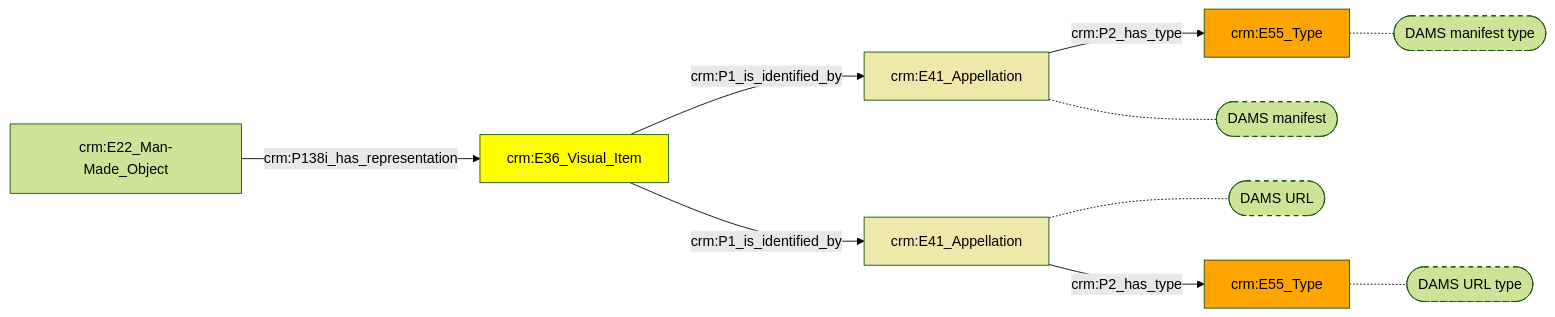
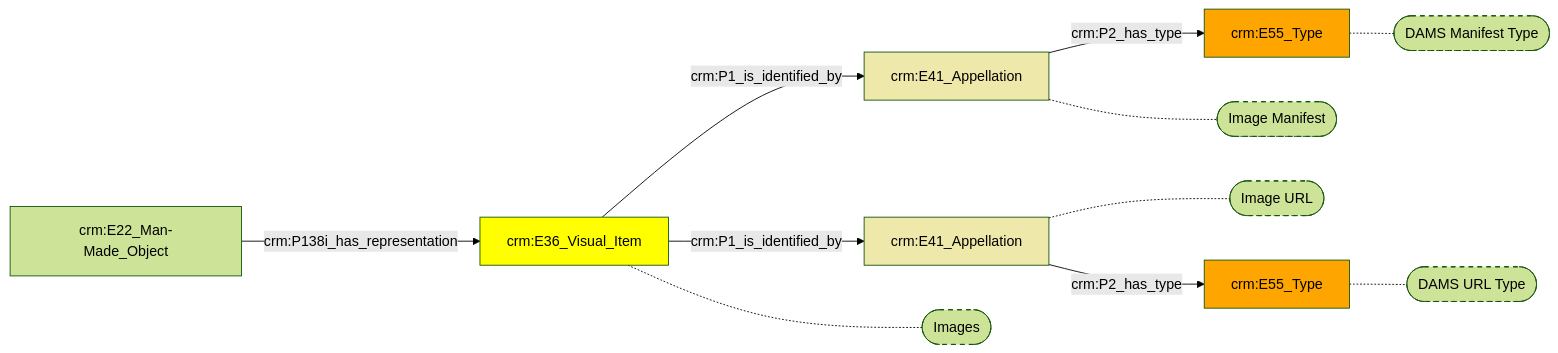
One commit to digipolisantwerpdocumentation/antwerp-cultureel-erfgoed changed the diagram in docs/content/modellen/ArchiefItemMaterieel/Afbeeldingen.md. Above: the diagram before and after it, drawn with Mermaid (forest theme). The commit also changed 167 other files, not shown here.

````diff
--- a/docs/content/modellen/ArchiefItemMaterieel/Afbeeldingen.md
+++ b/docs/content/modellen/ArchiefItemMaterieel/Afbeeldingen.md
@@ -1,21 +1,23 @@
 ```mermaid
 graph LR
-02571564-e53f-11ed-b522-96a6d245525a["crm:E55_Type"]-.-02571564-e53f-11ed-b522-96a6d245525a_s(["DAMS manifest type"])
-02571136-e53f-11ed-b522-96a6d245525a["crm:E41_Appellation"]-.-02571136-e53f-11ed-b522-96a6d245525a_s(["DAMS manifest"])
-0257146a-e53f-11ed-b522-96a6d245525a["crm:E41_Appellation"]-.-0257146a-e53f-11ed-b522-96a6d245525a_s(["DAMS URL"])
-025714f6-e53f-11ed-b522-96a6d245525a["crm:E55_Type"]-.-025714f6-e53f-11ed-b522-96a6d245525a_s(["DAMS URL type"])
+02571564-e53f-11ed-b522-96a6d245525a["crm:E55_Type"]-.-02571564-e53f-11ed-b522-96a6d245525a_s(["DAMS Manifest Type"])
+02571136-e53f-11ed-b522-96a6d245525a["crm:E41_Appellation"]-.-02571136-e53f-11ed-b522-96a6d245525a_s(["Image Manifest"])
+0257146a-e53f-11ed-b522-96a6d245525a["crm:E41_Appellation"]-.-0257146a-e53f-11ed-b522-96a6d245525a_s(["Image URL"])
+025714f6-e53f-11ed-b522-96a6d245525a["crm:E55_Type"]-.-025714f6-e53f-11ed-b522-96a6d245525a_s(["DAMS URL Type"])
+02571302-e53f-11ed-b522-96a6d245525a["crm:E36_Visual_Item"]-.-02571302-e53f-11ed-b522-96a6d245525a_s(["Images"])
 style 02571564-e53f-11ed-b522-96a6d245525a_s stroke-dasharray: 5
 style 02571136-e53f-11ed-b522-96a6d245525a_s stroke-dasharray: 5
 style 0257146a-e53f-11ed-b522-96a6d245525a_s stroke-dasharray: 5
 style 025714f6-e53f-11ed-b522-96a6d245525a_s stroke-dasharray: 5
+style 02571302-e53f-11ed-b522-96a6d245525a_s stroke-dasharray: 5
+style 02571136-e53f-11ed-b522-96a6d245525a fill:#EEE8AA
+style 02571302-e53f-11ed-b522-96a6d245525a fill:#ffff00
+style 0257146a-e53f-11ed-b522-96a6d245525a fill:#EEE8AA
+style 025714f6-e53f-11ed-b522-96a6d245525a fill:#ffa500
+style 02571564-e53f-11ed-b522-96a6d245525a fill:#ffa500
 02571136-e53f-11ed-b522-96a6d245525a["crm:E41_Appellation"]-->|"crm:P2_has_type"|02571564-e53f-11ed-b522-96a6d245525a["crm:E55_Type"]
 02571302-e53f-11ed-b522-96a6d245525a["crm:E36_Visual_Item"]-->|"crm:P1_is_identified_by"|02571136-e53f-11ed-b522-96a6d245525a["crm:E41_Appellation"]
 02571302-e53f-11ed-b522-96a6d245525a["crm:E36_Visual_Item"]-->|"crm:P1_is_identified_by"|0257146a-e53f-11ed-b522-96a6d245525a["crm:E41_Appellation"]
 0257146a-e53f-11ed-b522-96a6d245525a["crm:E41_Appellation"]-->|"crm:P2_has_type"|025714f6-e53f-11ed-b522-96a6d245525a["crm:E55_Type"]
 d1dd96e0-a5fe-11ec-b19f-9cf387da2c40["crm:E22_Man-Made_Object"]-->|"crm:P138i_has_representation"|02571302-e53f-11ed-b522-96a6d245525a["crm:E36_Visual_Item"]
-style 02571136-e53f-11ed-b522-96a6d245525a fill:#EEE8AA
-style 02571302-e53f-11ed-b522-96a6d245525a fill:#ffff00
-style 0257146a-e53f-11ed-b522-96a6d245525a fill:#EEE8AA
-style 025714f6-e53f-11ed-b522-96a6d245525a fill:#ffa500
-style 02571564-e53f-11ed-b522-96a6d245525a fill:#ffa500
 ```
````
